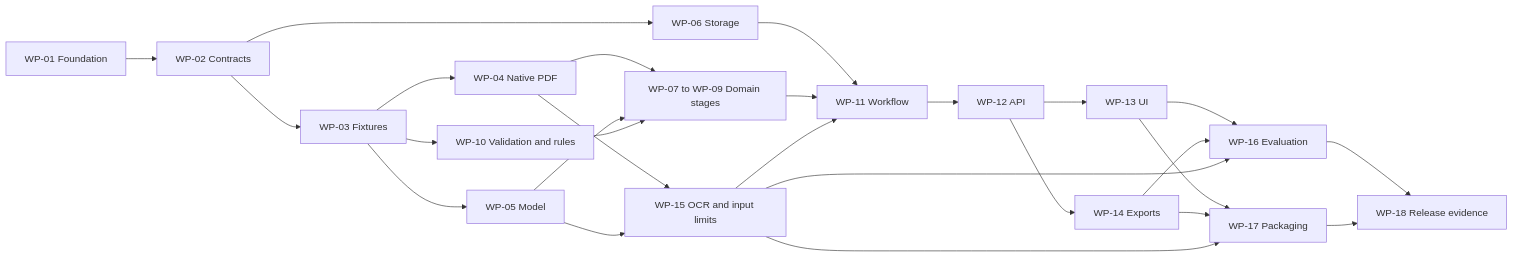
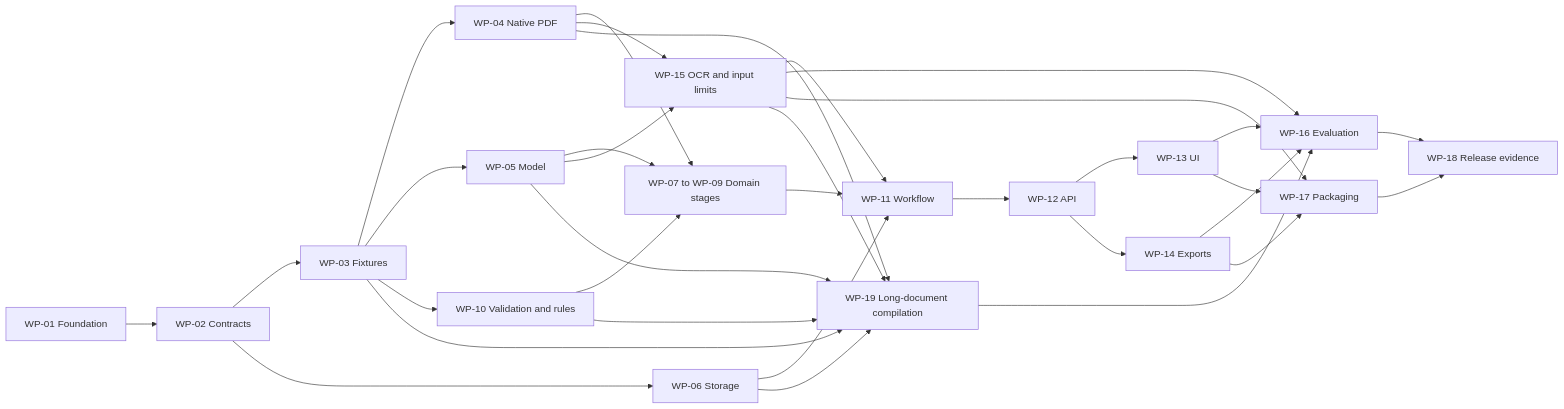
Before and after one commit to alexeynesteruk/aira: the diagram in docs/work-breakdown.md, drawn with Mermaid. The commit also changed other lines of this file and 94 other files, not shown here.

First line of the commit message:
Replace container delivery with a local launch and record long-document preparation.

````diff
--- a/docs/work-breakdown.md
+++ b/docs/work-breakdown.md
@@ -34,28 +35,35 @@
 ```mermaid
 flowchart LR
     W1[WP-01 Foundation] --> W2[WP-02 Contracts]
     W2 --> W3[WP-03 Fixtures]
     W2 --> W6[WP-06 Storage]
     W3 --> W4[WP-04 Native PDF]
     W3 --> W5[WP-05 Model]
     W3 --> W10[WP-10 Validation and rules]
     W4 --> D[WP-07 to WP-09 Domain stages]
     W5 --> D
     W10 --> D
     W6 --> W11[WP-11 Workflow]
     D --> W11
     W11 --> W12[WP-12 API]
     W12 --> W13[WP-13 UI]
     W12 --> W14[WP-14 Exports]
     W4 --> W15[WP-15 OCR and input limits]
     W5 --> W15
     W15 --> W11
     W13 --> W16[WP-16 Evaluation]
     W14 --> W16
     W15 --> W16
     W13 --> W17[WP-17 Packaging]
     W14 --> W17
     W15 --> W17
     W16 --> W18[WP-18 Release evidence]
     W17 --> W18
+    W3 --> W19[WP-19 Long-document compilation]
+    W4 --> W19
+    W5 --> W19
+    W6 --> W19
+    W10 --> W19
+    W15 --> W19
+    W19 --> W16
 ```
````
